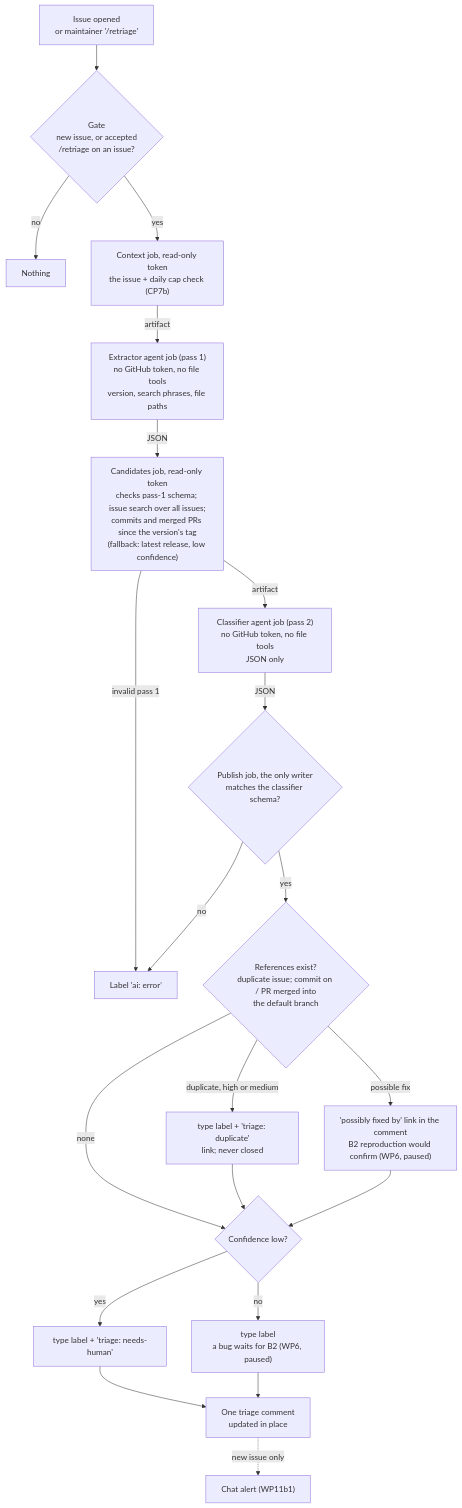
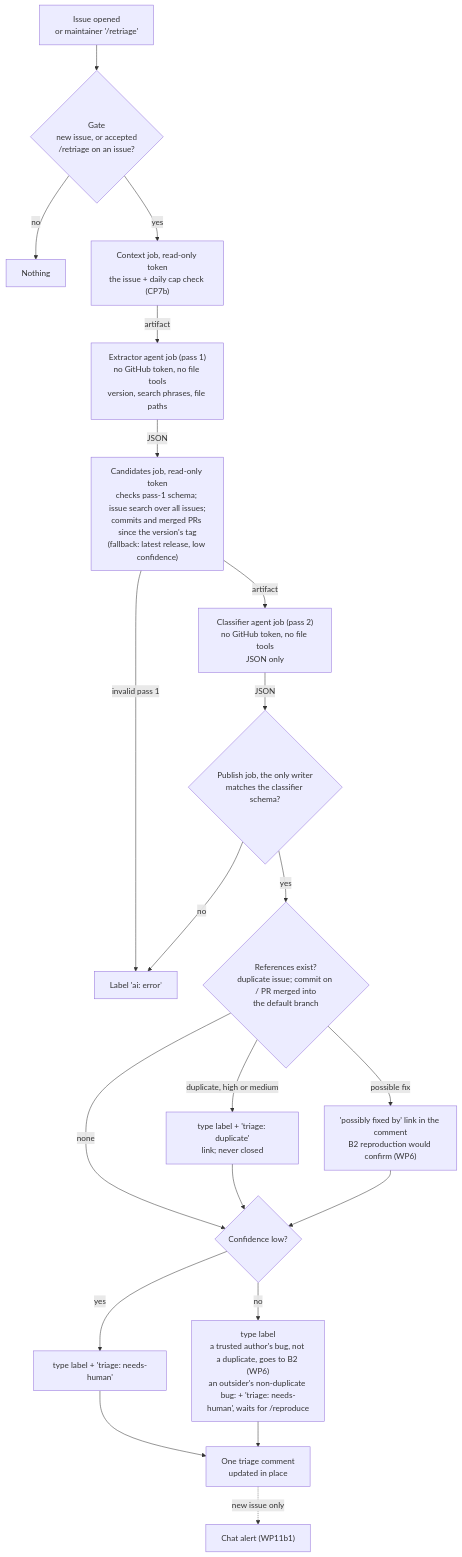
Before and after one commit to esciara/ai-workflows: the seventh of 15 diagrams in docs/diagrams.md, drawn with Mermaid. The commit also changed other lines of this file, not shown here.

First line of the commit message:
docs(diagrams): WP6 reproduce diagram, WP6/WP11b1 done, WP7 in progress, /reproduce, guard error clearing

````diff
--- a/docs/diagrams.md
+++ b/docs/diagrams.md
@@ -290,21 +290,21 @@
 ```mermaid
 flowchart TD
   O["Issue opened<br/>or maintainer '/retriage'"] --> G{"Gate<br/>new issue, or accepted<br/>/retriage on an issue?"}
   G -- no --> X["Nothing"]
   G -- yes --> C["Context job, read-only token<br/>the issue + daily cap check (CP7b)"]
   C -- artifact --> P1["Extractor agent job (pass 1)<br/>no GitHub token, no file tools<br/>version, search phrases, file paths"]
   P1 -- JSON --> K["Candidates job, read-only token<br/>checks pass-1 schema; issue search over all issues;<br/>commits and merged PRs since the version's tag<br/>(fallback: latest release, low confidence)"]
   K -- artifact --> A["Classifier agent job (pass 2)<br/>no GitHub token, no file tools<br/>JSON only"]
   K -- invalid pass 1 --> E
   A -- JSON --> V{"Publish job, the only writer<br/>matches the classifier schema?"}
   V -- no --> E["Label 'ai: error'"]
   V -- yes --> R{"References exist?<br/>duplicate issue; commit on / PR merged into<br/>the default branch"}
   R -- duplicate, high or medium --> D["type label + 'triage: duplicate'<br/>link; never closed"]
-  R -- possible fix --> F["'possibly fixed by' link in the comment<br/>B2 reproduction would confirm (WP6, paused)"]
+  R -- possible fix --> F["'possibly fixed by' link in the comment<br/>B2 reproduction would confirm (WP6)"]
   R -- none --> L{"Confidence low?"}
   D & F --> L
   L -- yes --> H["type label + 'triage: needs-human'"]
-  L -- no --> T["type label<br/>a bug waits for B2 (WP6, paused)"]
+  L -- no --> T["type label<br/>a trusted author's bug, not a duplicate, goes to B2 (WP6)<br/>an outsider's non-duplicate bug: + 'triage: needs-human', waits for /reproduce"]
   H & T --> S["One triage comment<br/>updated in place"]
   S -. new issue only .-> AL["Chat alert (WP11b1)"]
 ```
````
